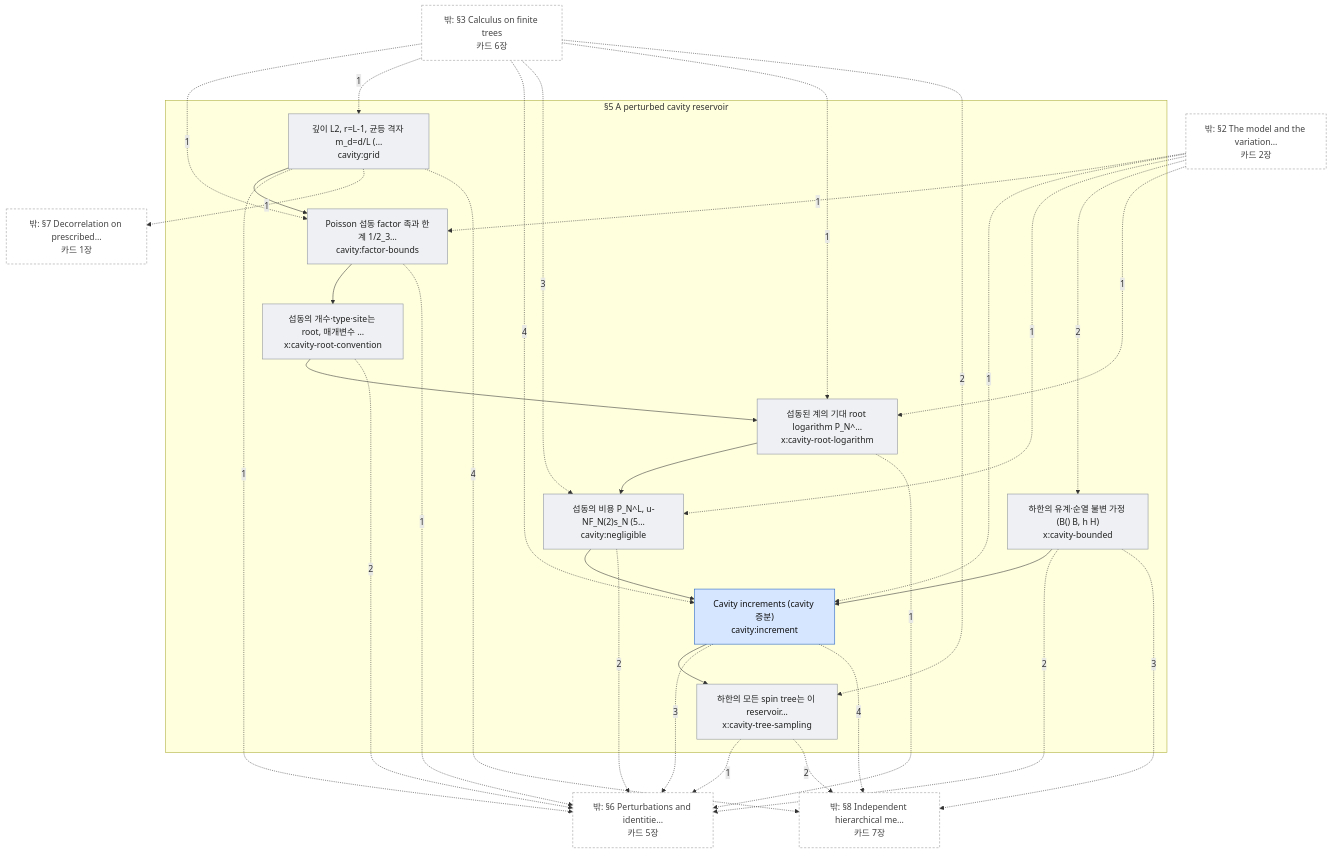
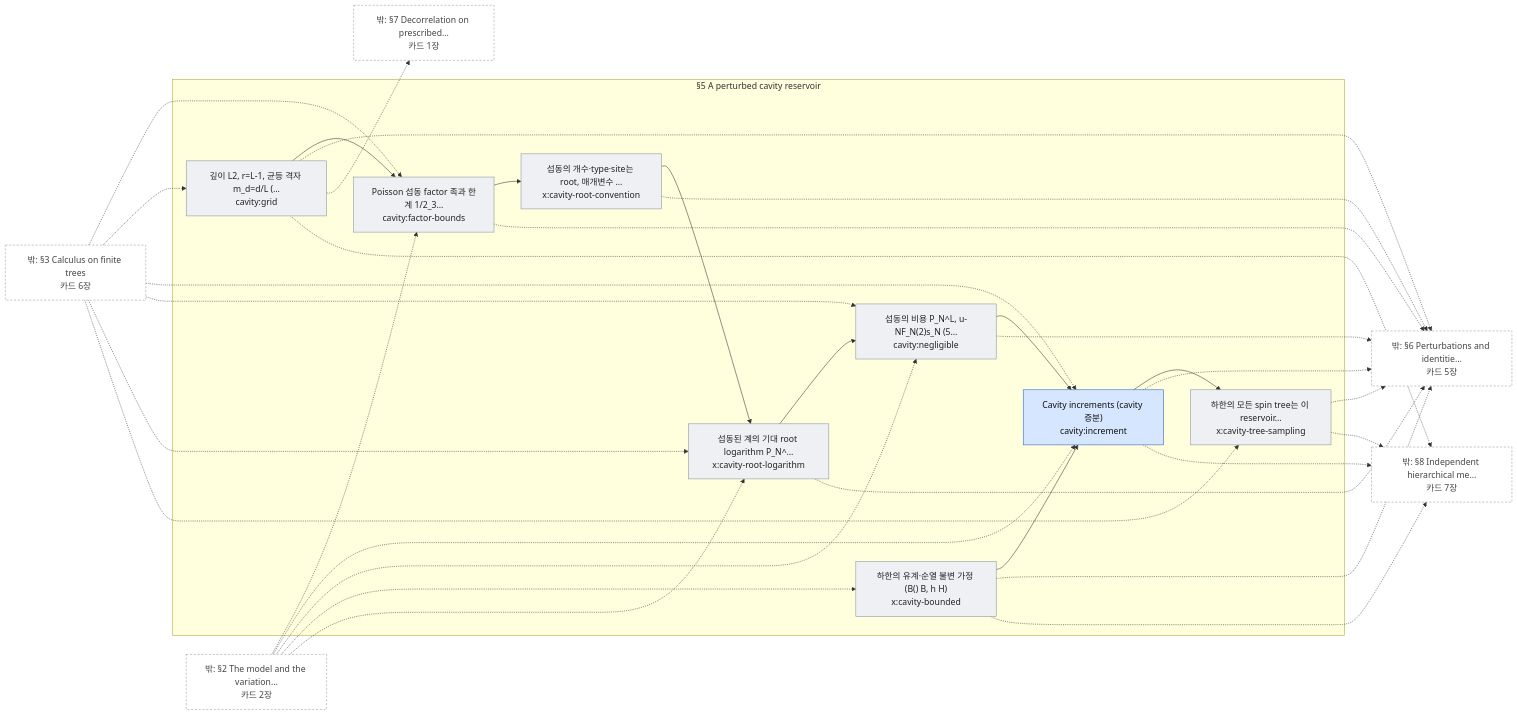
The diagram in redesign/build/artifact/maps/sec-cavity.mmd (EuijinJeon/math2phys-site), drawn with Mermaid before and after one commit. The commit also changed 60 other files, not shown here.

First line of the commit message:
redesign: 미검증 진행분 보존 (exact 판정 중단분: 카드 22장·용어집·규칙 표·SCHEMA, 도구 보강 중단분: build.py·지도·사이트)

```diff
--- a/redesign/build/artifact/maps/sec-cavity.mmd
+++ b/redesign/build/artifact/maps/sec-cavity.mmd
@@ -1,66 +1,66 @@
-flowchart TB
+flowchart LR
   subgraph IN["§5 A perturbed cavity reservoir"]
     a0["Poisson 섭동 factor 족과 한계 1/2_3…<br/>cavity:factor-bounds"]
     a1["깊이 L2, r=L-1, 균등 격자 m_d=d/L (…<br/>cavity:grid"]
     a2["Cavity increments (cavity 증분)<br/>cavity:increment"]
     a3["섭동의 비용 P_N^L, u-NF_N(2)s_N (5…<br/>cavity:negligible"]
     a4["하한의 유계·순열 불변 가정 (B() B, h H)<br/>x:cavity-bounded"]
     a5["섭동의 개수·type·site는 root, 매개변수 …<br/>x:cavity-root-convention"]
     a6["섭동된 계의 기대 root logarithm P_N^…<br/>x:cavity-root-logarithm"]
     a7["하한의 모든 spin tree는 이 reservoir…<br/>x:cavity-tree-sampling"]
   end
   X0["밖: §2 The model and the variation…<br/>카드 2장"]
   X1["밖: §3 Calculus on finite trees<br/>카드 6장"]
   X2["밖: §6 Perturbations and identitie…<br/>카드 5장"]
   X3["밖: §7 Decorrelation on prescribed…<br/>카드 1장"]
   X4["밖: §8 Independent hierarchical me…<br/>카드 7장"]
   a0 --> a5
   a1 --> a0
   a2 --> a7
   a3 --> a2
   a4 --> a2
   a5 --> a6
   a6 --> a3
-  X0 -.->|1| a0
-  X1 -.->|1| a0
-  a0 -.->|1| X2
-  X1 -.->|1| a1
-  a1 -.->|1| X2
-  a1 -.->|1| X3
-  a1 -.->|4| X4
-  X0 -.->|1| a2
-  X1 -.->|4| a2
-  a2 -.->|3| X2
-  a2 -.->|4| X4
-  X0 -.->|1| a3
-  X1 -.->|3| a3
-  a3 -.->|2| X2
-  X0 -.->|2| a4
-  a4 -.->|2| X2
-  a4 -.->|3| X4
-  a5 -.->|2| X2
-  X0 -.->|1| a6
-  X1 -.->|1| a6
-  a6 -.->|1| X2
-  X1 -.->|2| a7
-  a7 -.->|1| X2
-  a7 -.->|2| X4
+  X0 -.-> a0
+  X1 -.-> a0
+  a0 -.-> X2
+  X1 -.-> a1
+  a1 -.-> X2
+  a1 -.-> X3
+  a1 -.-> X4
+  X0 -.-> a2
+  X1 -.-> a2
+  a2 -.-> X2
+  a2 -.-> X4
+  X0 -.-> a3
+  X1 -.-> a3
+  a3 -.-> X2
+  X0 -.-> a4
+  a4 -.-> X2
+  a4 -.-> X4
+  a5 -.-> X2
+  X0 -.-> a6
+  X1 -.-> a6
+  a6 -.-> X2
+  X1 -.-> a7
+  a7 -.-> X2
+  a7 -.-> X4
   classDef thm fill:#d6e6ff,stroke:#1f5fbf,color:#111;
   classDef oth fill:#eef0f3,stroke:#8a8f98,color:#222;
   classDef ext fill:#fff,stroke:#999,stroke-dasharray:4 3,color:#444;
   class a2 thm;
   class a0,a1,a3,a4,a5,a6,a7 oth;
   class X0,X1,X2,X3,X4 ext;
   click a0 "cards/cavity.factor-bounds.html"
   click a1 "cards/cavity.grid.html"
   click a2 "cards/cavity.increment.html"
   click a3 "cards/cavity.negligible.html"
   click a4 "cards/x.cavity-bounded.html"
   click a5 "cards/x.cavity-root-convention.html"
   click a6 "cards/x.cavity-root-logarithm.html"
   click a7 "cards/x.cavity-tree-sampling.html"
   click X0 "map-model.html"
   click X1 "map-trees.html"
   click X2 "map-perturbations.html"
   click X3 "map-decorrelation.html"
   click X4 "map-comparison.html"
```
